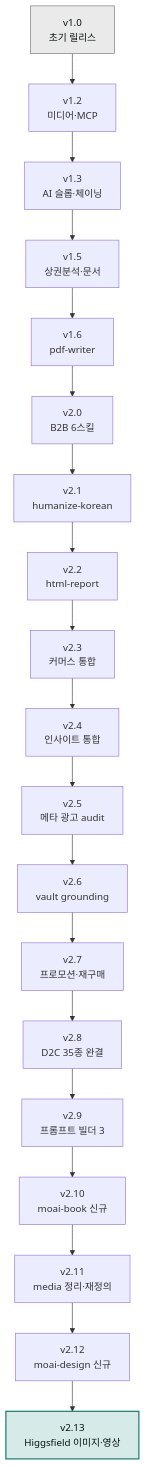
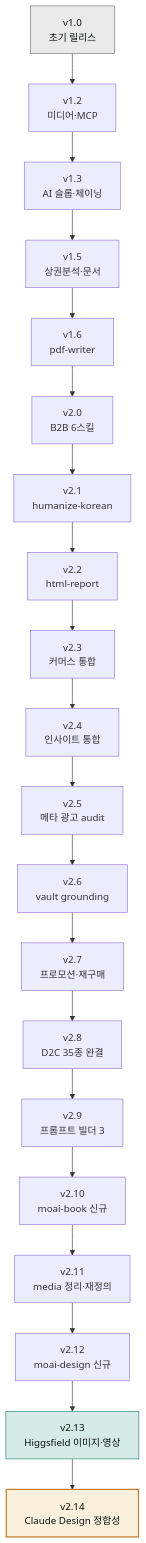
Before and after one commit to modu-ai/claude: the diagram in content/releases/_index.md, drawn with Mermaid. The commit also changed other lines of this file and 10 other files, not shown here.

First line of the commit message:
chore(release): v2.14.0 — Claude Design 보조 정합성 보완 (Anthropic 공식 발표 2026-04-17)

````diff
--- a/content/releases/_index.md
+++ b/content/releases/_index.md
@@ -9,24 +9,26 @@
 ```mermaid
 flowchart TD
     V10["v1.0<br/>초기 릴리스"] --> V12["v1.2<br/>미디어·MCP"]
     V12 --> V13["v1.3<br/>AI 슬롭·체이닝"]
     V13 --> V15["v1.5<br/>상권분석·문서"]
     V15 --> V16["v1.6<br/>pdf-writer"]
     V16 --> V20["v2.0<br/>B2B 6스킬"]
     V20 --> V21["v2.1<br/>humanize-korean"]
     V21 --> V22["v2.2<br/>html-report"]
     V22 --> V23["v2.3<br/>커머스 통합"]
     V23 --> V24["v2.4<br/>인사이트 통합"]
     V24 --> V25["v2.5<br/>메타 광고 audit"]
     V25 --> V26["v2.6<br/>vault grounding"]
     V26 --> V27["v2.7<br/>프로모션·재구매"]
     V27 --> V28["v2.8<br/>D2C 35종 완결"]
     V28 --> V29["v2.9<br/>프롬프트 빌더 3"]
     V29 --> V210["v2.10<br/>moai-book 신규"]
     V210 --> V211["v2.11<br/>media 정리·재정의"]
     V211 --> V212["v2.12<br/>moai-design 신규"]
     V212 --> V213["v2.13<br/>Higgsfield 이미지·영상"]
+    V213 --> V214["v2.14<br/>Claude Design 정합성"]
 
     style V10 fill:#eaeaea,stroke:#6e6e6e,color:#09110f
-    style V213 fill:#d6ebe7,stroke:#1c7c70,stroke-width:2px,color:#09110f
+    style V213 fill:#d6ebe7,stroke:#1c7c70,color:#09110f
+    style V214 fill:#fbf0dc,stroke:#c47b2a,stroke-width:2px,color:#09110f
 ```
````
